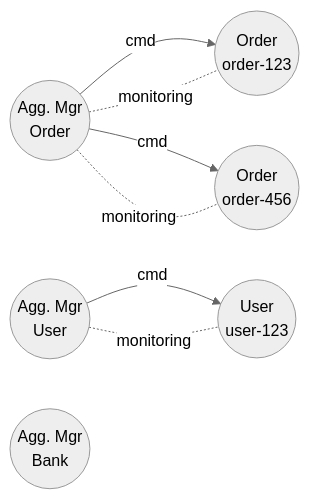
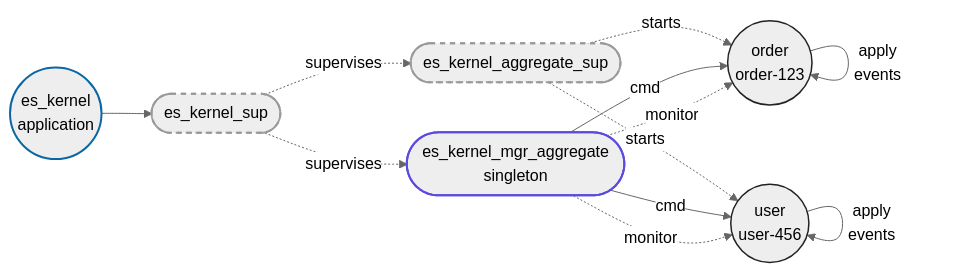
Before and after one commit to ccamel/erlang-event-sourcing-xp: the second of 2 diagrams in README.md, drawn with Mermaid (neutral theme). The commit also changed other lines of this file and 1 other file, not shown here.

Commit message:
docs(README): document kernel refactor and supervision tree

````diff
--- a/README.md
+++ b/README.md
@@ -311,22 +321,30 @@
 ```mermaid
 flowchart LR
-    %% Aggregate Managers
-    Mgr1((Agg. Mgr<br>Order)):::manager
-    Mgr2((Agg. Mgr<br>User)):::manager
-    Mgr3((Agg. Mgr<br>Bank)):::manager
+    %% Supervision tree
+    Kernel((es_kernel<br>application)):::app
+    KernelSup([es_kernel_sup]):::supervisor
+    AggSup([es_kernel_aggregate_sup]):::supervisor
+    AggMgr([es_kernel_mgr_aggregate<br>singleton]):::manager
 
     %% Aggregate Instances
-    Agg1((Order<br>order-123)):::aggregate
-    Agg1((Order<br>order-123)):::aggregate
-    Agg2((Order<br>order-456)):::aggregate
-    Agg2((Order<br>order-456)):::aggregate
+    AggOrder((order<br>order-123)):::aggregate
+    AggUser((user<br>user-456)):::aggregate
 
-    Agg3((User<br>user-123)):::aggregate
+    Kernel --> KernelSup
+    KernelSup -.->|supervises| AggSup
+    KernelSup -.->|supervises| AggMgr
+    AggSup -.->|starts| AggOrder
+    AggSup -.->|starts| AggUser
+    AggMgr -->|cmd| AggOrder
+    AggMgr -->|cmd| AggUser
+    AggMgr -.->|monitor| AggOrder
+    AggMgr -.->|monitor| AggUser
 
-    Mgr1 -->|cmd| Agg1
-    Mgr1 -.-|monitoring| Agg1
-    Mgr1 -->|cmd| Agg2
-    Mgr1 -.-|monitoring| Agg2
-    Mgr2 -->|cmd| Agg3
-    Mgr2 -.-|monitoring| Agg3
+    AggOrder -->|apply<br>events| AggOrder
+    AggUser -->|apply<br>events| AggUser
+
+    classDef supervisor stroke-dasharray: 5 5,stroke-width:2;
+    classDef manager stroke:#5b4ae0,stroke-width:2;
+    classDef aggregate stroke:#222,stroke-width:1.5;
+    classDef app stroke:#0b67a3,stroke-width:2;
 ```
````
